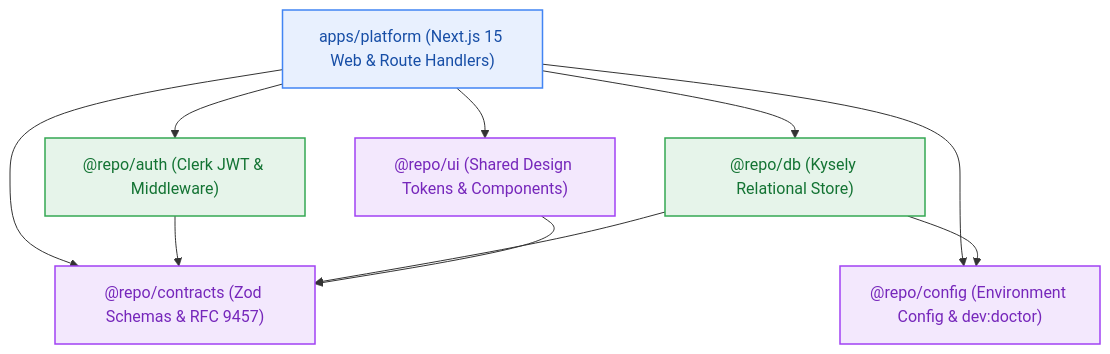
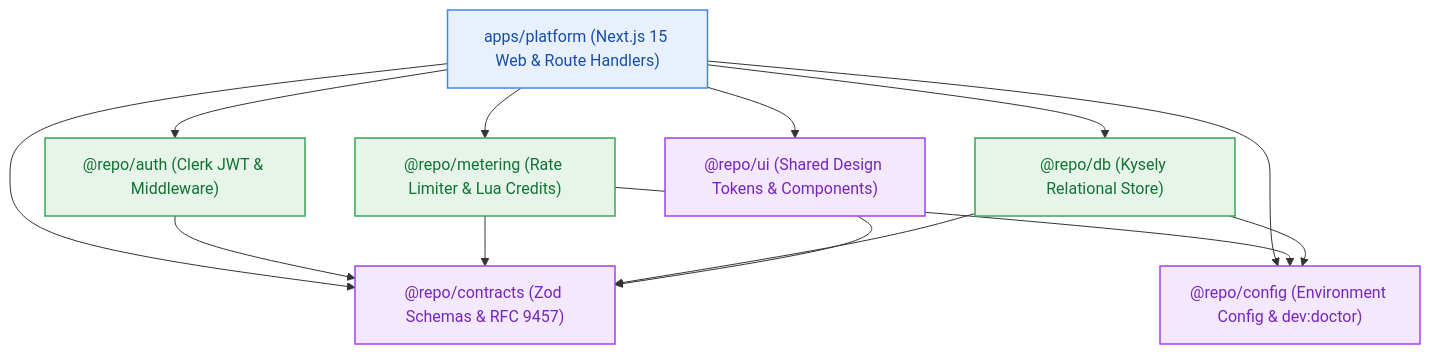
The diagram in _documentation/planning/registers/package-dependency-plan.md (Glitch-guy0/Contextual), drawn with Mermaid before and after one commit. The commit also changed other lines of this file and 12 other files, not shown here.

First line of the commit message:
docs(m2): seal Milestone M2 architecture plan, contracts, and CP3 handoff

````diff
--- a/_documentation/planning/registers/package-dependency-plan.md
+++ b/_documentation/planning/registers/package-dependency-plan.md
@@ -6,21 +6,24 @@
 ```mermaid
 graph TD
     APPS["apps/platform (Next.js 15 Web & Route Handlers)"] --> AUTH["@repo/auth (Clerk JWT & Middleware)"]
+    APPS --> METER["@repo/metering (Rate Limiter & Lua Credits)"]
     APPS --> DB["@repo/db (Kysely Relational Store)"]
     APPS --> UI["@repo/ui (Shared Design Tokens & Components)"]
     APPS --> CONTRACTS["@repo/contracts (Zod Schemas & RFC 9457)"]
     APPS --> CONFIG["@repo/config (Environment Config & dev:doctor)"]
 
     AUTH --> CONTRACTS
+    METER --> CONTRACTS
+    METER --> CONFIG
     DB --> CONFIG
     DB --> CONTRACTS
     UI --> CONTRACTS
 
     classDef blue fill:#E8F0FE,stroke:#4285F4,stroke-width:1.5px,color:#174EA6;
     classDef green fill:#E6F4EA,stroke:#34A853,stroke-width:1.5px,color:#137333;
     classDef purple fill:#F3E8FD,stroke:#A142F4,stroke-width:1.5px,color:#7627BB;
 
     class APPS blue;
-    class AUTH,DB green;
+    class AUTH,METER,DB green;
     class UI,CONTRACTS,CONFIG purple;
 ```
````
